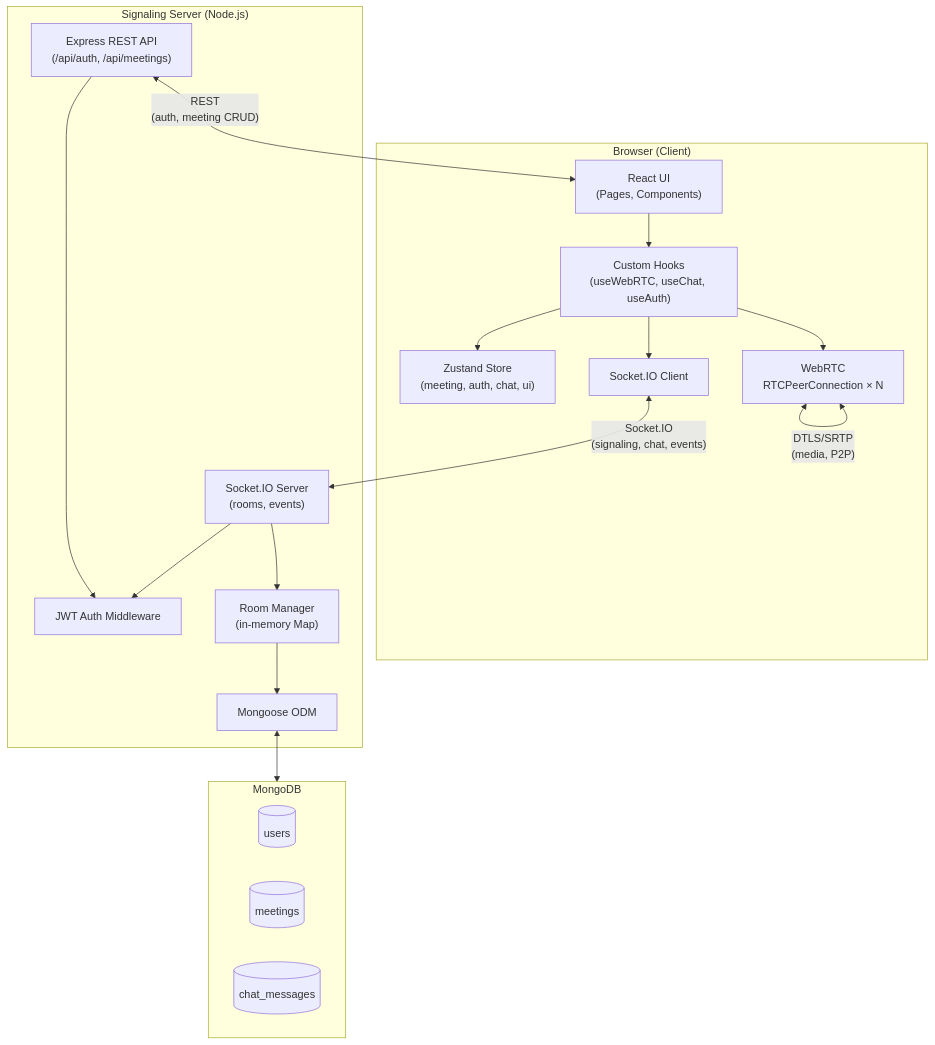
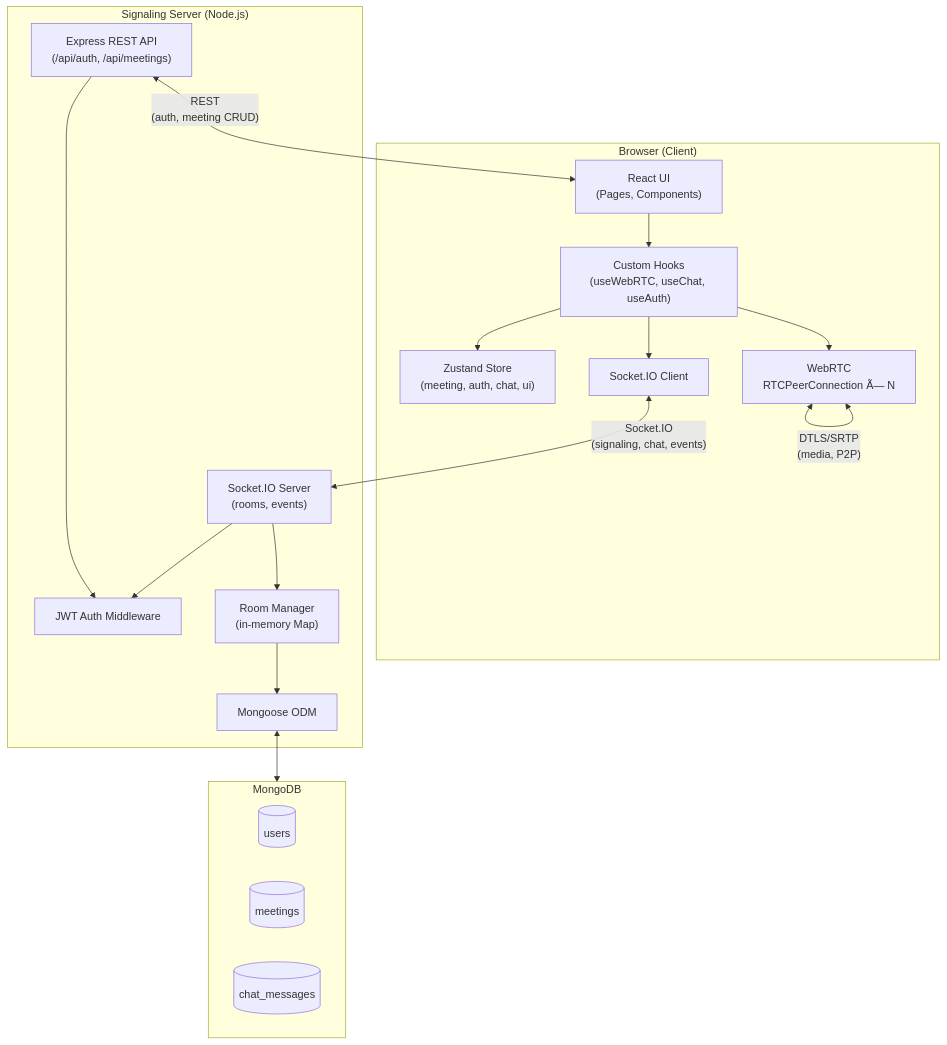
One commit to Qaziaaaa/video-conferencing-app changed the first of 2 diagrams in .kiro/specs/video-conferencing-app/design.md. Above: the diagram before and after it, drawn with Mermaid. The commit also changed other lines of this file and 119 other files, not shown here.

````diff
--- a/.kiro/specs/video-conferencing-app/design.md
+++ b/.kiro/specs/video-conferencing-app/design.md
@@ -31,37 +31,37 @@
 ```mermaid
 graph TB
     subgraph Browser["Browser (Client)"]
         UI["React UI\n(Pages, Components)"]
         Hooks["Custom Hooks\n(useWebRTC, useChat, useAuth)"]
         Store["Zustand Store\n(meeting, auth, chat, ui)"]
         WS_Client["Socket.IO Client"]
-        WebRTC["WebRTC\nRTCPeerConnection × N"]
+        WebRTC["WebRTC\nRTCPeerConnection Ã— N"]
     end
 
     subgraph Server["Signaling Server (Node.js)"]
         Express["Express REST API\n(/api/auth, /api/meetings)"]
         SocketIO["Socket.IO Server\n(rooms, events)"]
         AuthMW["JWT Auth Middleware"]
         RoomMgr["Room Manager\n(in-memory Map)"]
         Mongoose["Mongoose ODM"]
     end
 
     subgraph DB["MongoDB"]
         Users[("users")]
         Meetings[("meetings")]
         Messages[("chat_messages")]
     end
 
     UI --> Hooks
     Hooks --> Store
     Hooks --> WS_Client
     Hooks --> WebRTC
     WS_Client <-->|"Socket.IO\n(signaling, chat, events)"| SocketIO
     WebRTC <-->|"DTLS/SRTP\n(media, P2P)"| WebRTC
     Express <-->|"REST\n(auth, meeting CRUD)"| UI
     SocketIO --> RoomMgr
     SocketIO --> AuthMW
     Express --> AuthMW
     RoomMgr --> Mongoose
     Mongoose <--> DB
 ```
````
